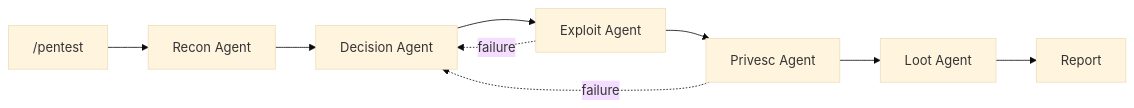
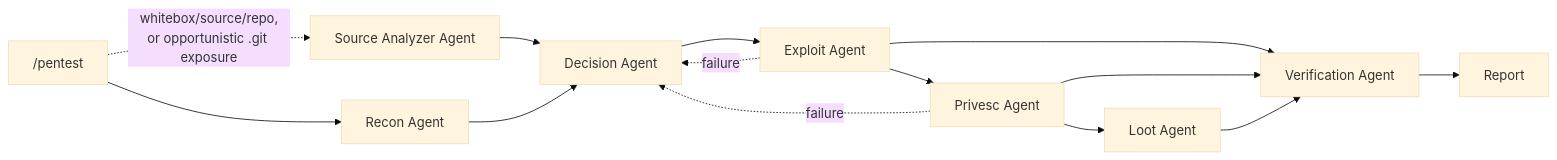
Before and after one commit to goldenapplestudios/Clicky: the diagram in README.md, drawn with Mermaid (base theme). The commit also changed other lines of this file and 5 other files, not shown here.

````diff
--- a/README.md
+++ b/README.md
@@ -13,12 +13,17 @@
 ```mermaid
 flowchart LR
     A["/pentest"] --> B[Recon Agent]
-    B --> C[Decision Agent]
+    A -.->|whitebox/source/repo,<br/>or opportunistic .git exposure| S[Source Analyzer Agent]
+    S --> C[Decision Agent]
+    B --> C
     C --> D[Exploit Agent]
     D --> E[Privesc Agent]
     E --> F[Loot Agent]
-    F --> G[Report]
+    D --> V[Verification Agent]
+    E --> V
+    F --> V
+    V --> G[Report]
 
     D -.->|failure| C
     E -.->|failure| C
 ```
````
